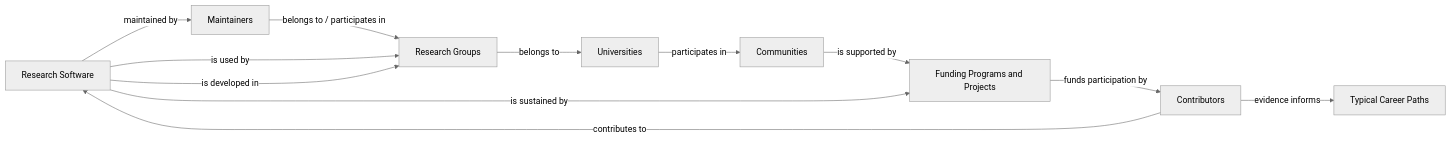
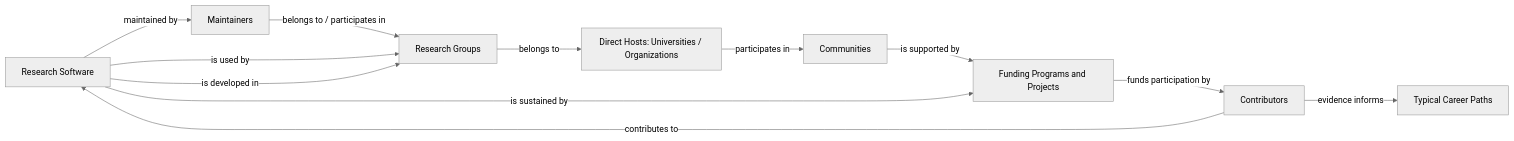
The first of 2 diagrams in docs/architecture/software-ecosystems.md (akin-oz/research-landscape), drawn with Mermaid (neutral theme) before and after one commit. The commit also changed other lines of this file and 5 other files, not shown here.

````diff
--- a/docs/architecture/software-ecosystems.md
+++ b/docs/architecture/software-ecosystems.md
@@ -15,23 +15,23 @@
 ```mermaid
 flowchart LR
   SW[Research Software]
   M[Maintainers]
   G[Research Groups]
-  U[Universities]
+  U[Direct Hosts: Universities / Organizations]
   C[Communities]
   F[Funding Programs and Projects]
   K[Contributors]
   P[Typical Career Paths]
 
   SW -->|maintained by| M
   M -->|belongs to / participates in| G
   G -->|belongs to| U
   U -->|participates in| C
   C -->|is supported by| F
   F -->|funds participation by| K
   K -->|evidence informs| P
   SW -->|is used by| G
   SW -->|is developed in| G
   SW -->|is sustained by| F
   K -->|contributes to| SW
 ```
````
